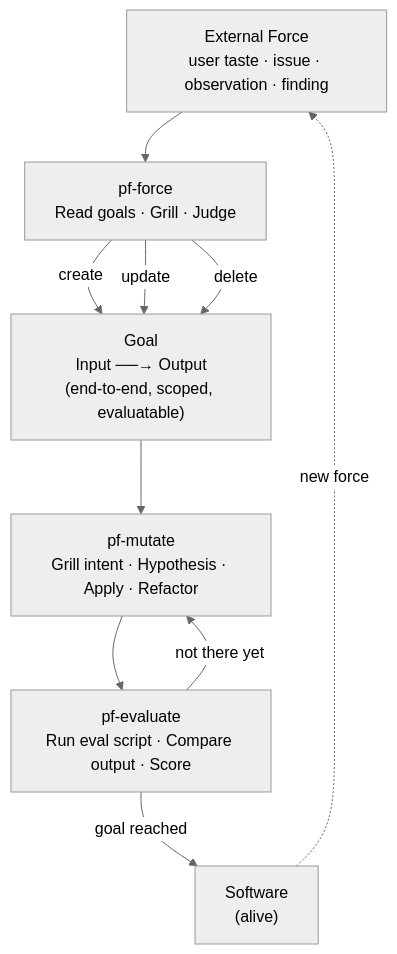
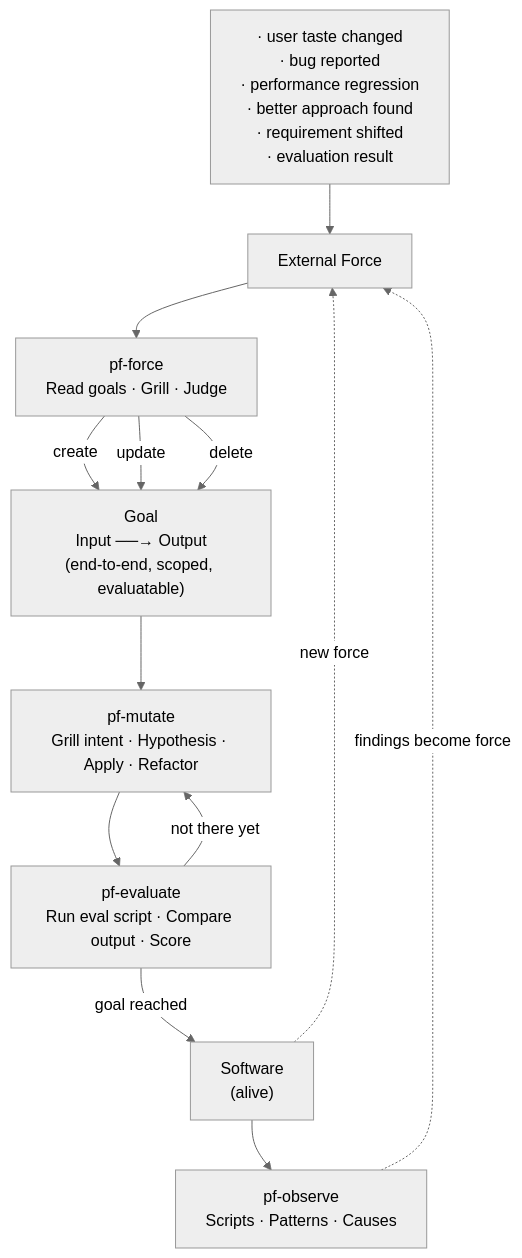
Before and after one commit to Jaeyong-Cho/skills: the diagram in README.md, drawn with Mermaid (neutral theme).

Commit message:
docs(readme): add force examples and pf-observe loop to diagram

````diff
--- a/README.md
+++ b/README.md
@@ -58,19 +58,24 @@
 ```mermaid
 flowchart TD
-    F["External Force\nuser taste · issue · observation · finding"]
+    F["External Force"]
+    FI["· user taste changed\n· bug reported\n· performance regression\n· better approach found\n· requirement shifted\n· evaluation result"]
+
+    FI --> F
     F --> PFF["pf-force\nRead goals · Grill · Judge"]
 
     PFF -->|create| G
     PFF -->|update| G
     PFF -->|delete| G
 
     G["Goal\nInput ──→ Output\n(end-to-end, scoped, evaluatable)"]
 
     G --> M["pf-mutate\nGrill intent · Hypothesis · Apply · Refactor"]
     M --> E["pf-evaluate\nRun eval script · Compare output · Score"]
 
     E -->|not there yet| M
     E -->|goal reached| S["Software\n(alive)"]
 
+    S --> OBS["pf-observe\nScripts · Patterns · Causes"]
+    OBS -.->|findings become force| F
     S -.->|new force| F
 ```
````
